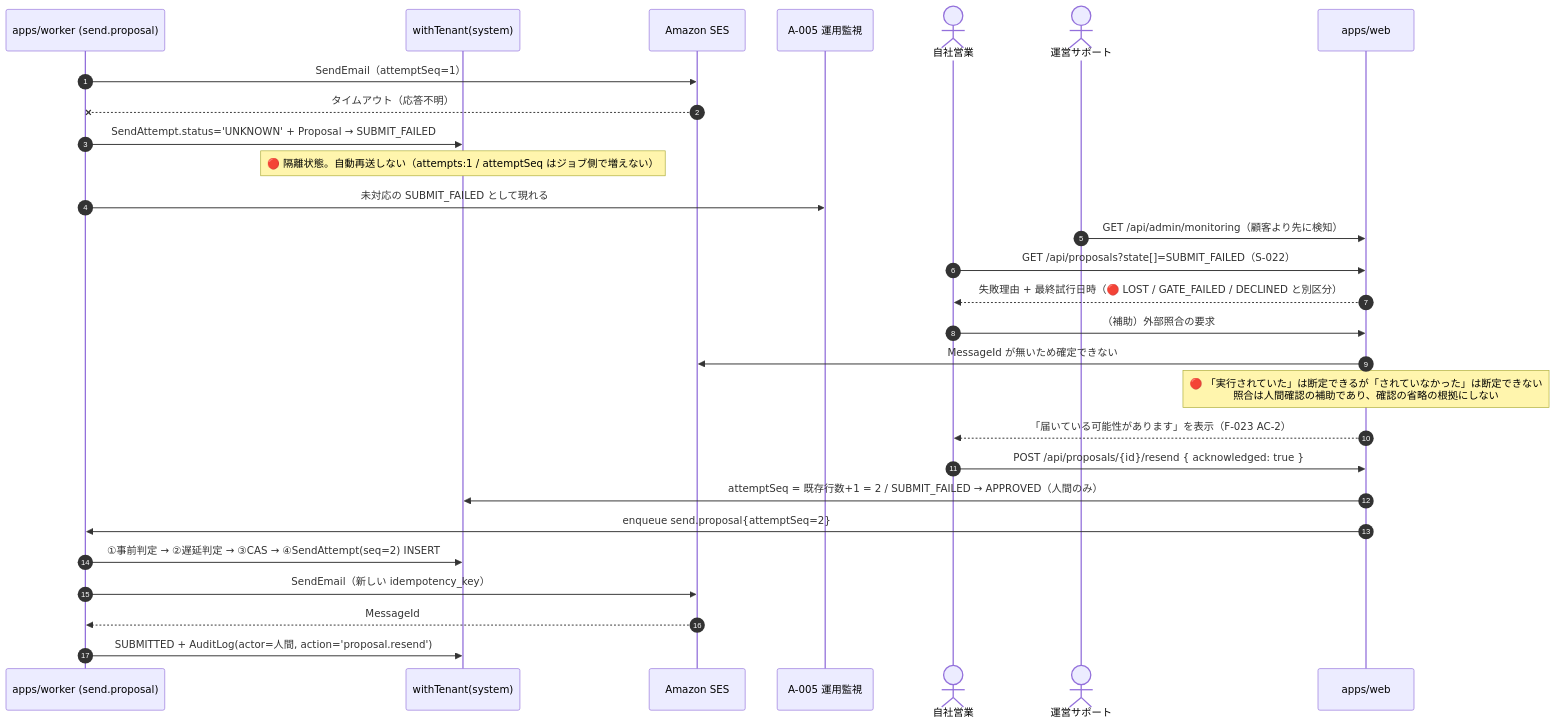
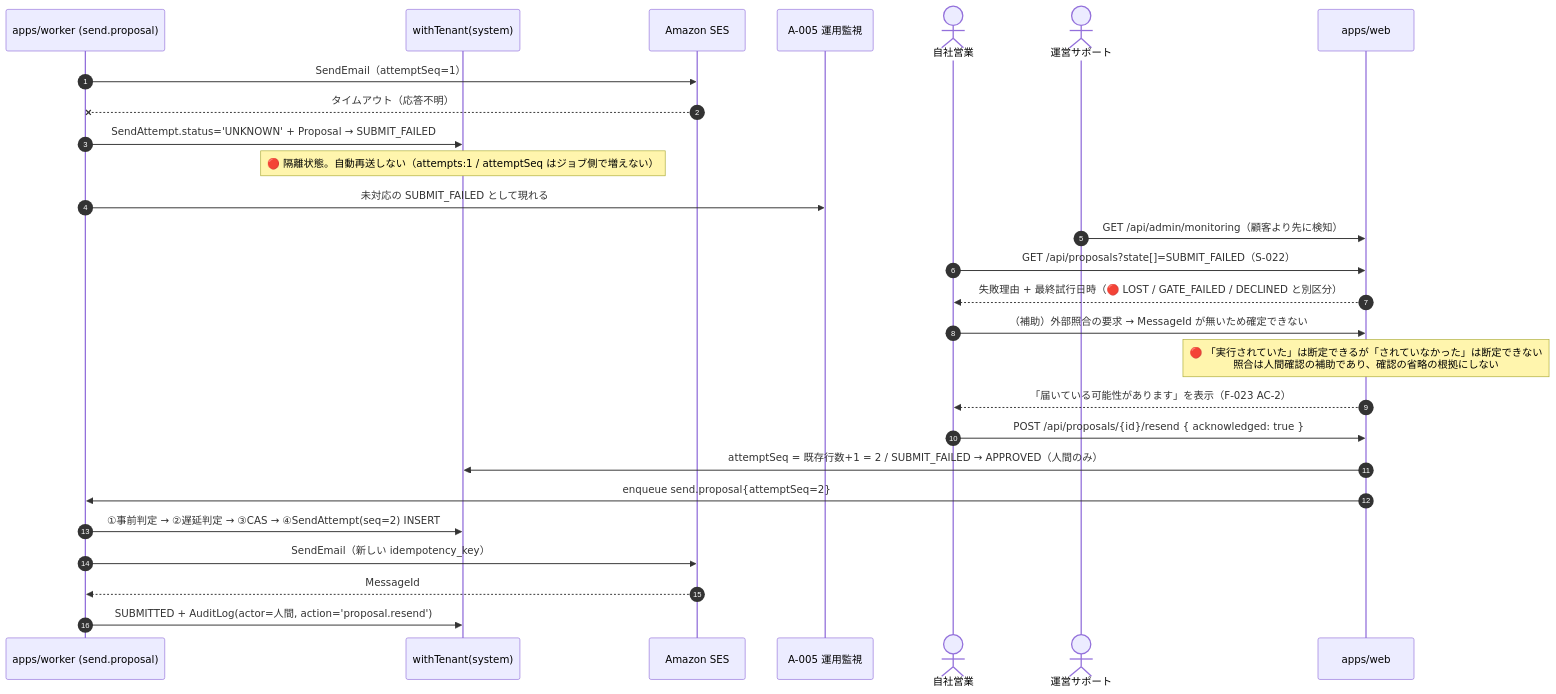
The seventh of 8 diagrams in docs/05-program-design.md (Festal-KM/SES-Platform), drawn with Mermaid before and after one commit. The commit also changed other lines of this file and 1 other file, not shown here.

````diff
--- a/docs/05-program-design.md
+++ b/docs/05-program-design.md
@@ -3076,32 +3167,31 @@
 ```mermaid
 sequenceDiagram
   autonumber
   participant W as apps/worker (send.proposal)
   participant DB as withTenant(system)
   participant SES as Amazon SES
   participant MON as A-005 運用監視
   actor SA as 自社営業
   actor PP as 運営サポート
   participant WEB as apps/web
 
   W->>SES: SendEmail（attemptSeq=1）
   SES--xW: タイムアウト（応答不明）
   W->>DB: SendAttempt.status='UNKNOWN' + Proposal → SUBMIT_FAILED
   Note over DB: 🔴 隔離状態。自動再送しない（attempts:1 / attemptSeq はジョブ側で増えない）
   W->>MON: 未対応の SUBMIT_FAILED として現れる
   PP->>WEB: GET /api/admin/monitoring（顧客より先に検知）
 
   SA->>WEB: GET /api/proposals?state[]=SUBMIT_FAILED（S-022）
   WEB-->>SA: 失敗理由 + 最終試行日時（🔴 LOST / GATE_FAILED / DECLINED と別区分）
-  SA->>WEB: （補助）外部照合の要求
-  WEB->>SES: MessageId が無いため確定できない
+  SA->>WEB: （補助）外部照合の要求 → MessageId が無いため確定できない
   Note over WEB: 🔴 「実行されていた」は断定できるが「されていなかった」は断定できない<br/>照合は人間確認の補助であり、確認の省略の根拠にしない
   WEB-->>SA: 「届いている可能性があります」を表示（F-023 AC-2）
   SA->>WEB: POST /api/proposals/{id}/resend { acknowledged: true }
   WEB->>DB: attemptSeq = 既存行数+1 = 2 / SUBMIT_FAILED → APPROVED（人間のみ）
   WEB->>W: enqueue send.proposal{attemptSeq=2}
   W->>DB: ①事前判定 → ②遅延判定 → ③CAS → ④SendAttempt(seq=2) INSERT
   W->>SES: SendEmail（新しい idempotency_key）
   SES-->>W: MessageId
   W->>DB: SUBMITTED + AuditLog(actor=人間, action='proposal.resend')
 ```
````
